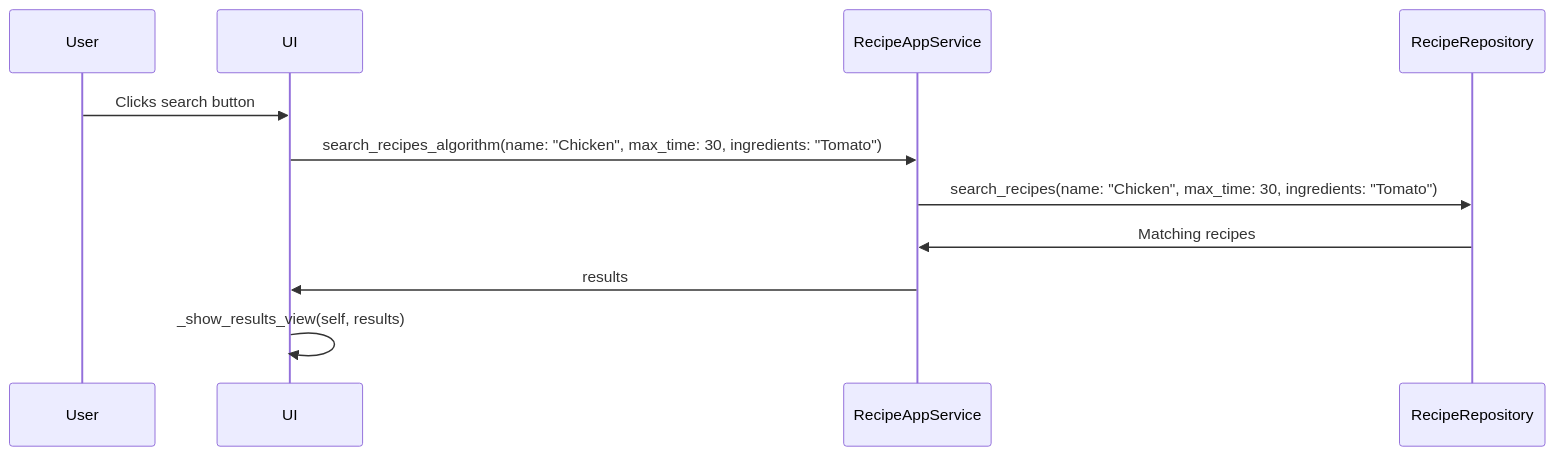
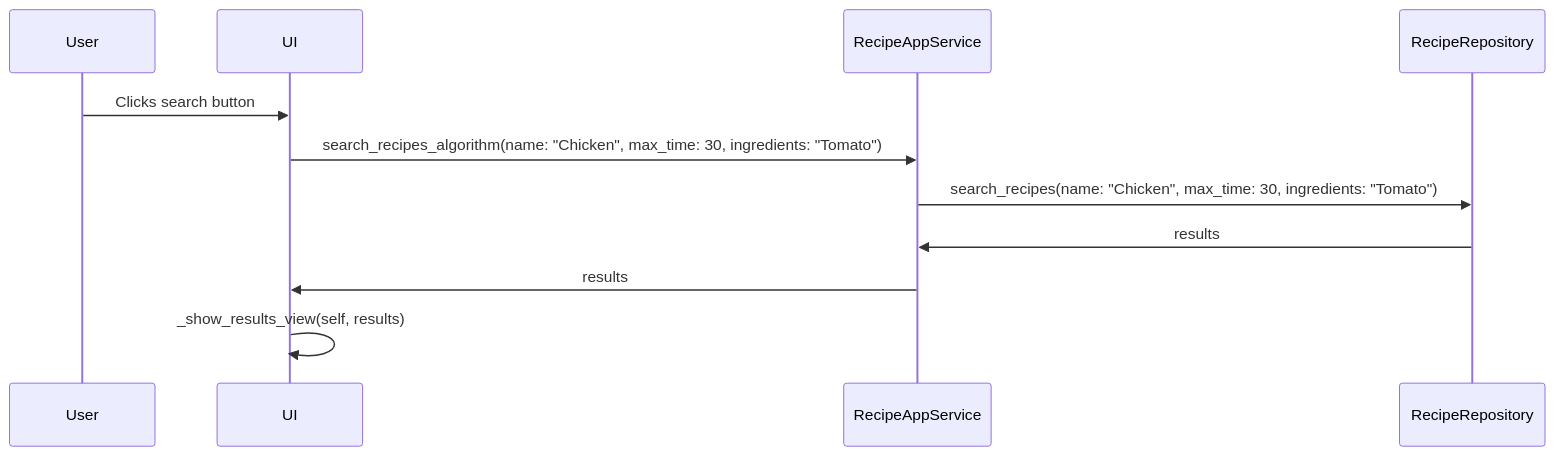
The third of 3 diagrams in recipe-app/documentation/architecture.md (Germuu/ot-harjoitusty-), drawn with Mermaid before and after one commit.

````diff
--- a/recipe-app/documentation/architecture.md
+++ b/recipe-app/documentation/architecture.md
@@ -101,13 +101,13 @@
 ```mermaid
 sequenceDiagram
   participant User 
   participant UI as UI
   participant RecipeAppService 
   participant RecipeRepository 
   User ->> UI: Clicks search button
   UI ->> RecipeAppService: search_recipes_algorithm(name: "Chicken", max_time: 30, ingredients: "Tomato")
   RecipeAppService ->> RecipeRepository: search_recipes(name: "Chicken", max_time: 30, ingredients: "Tomato")
-  RecipeRepository ->> RecipeAppService: Matching recipes
+  RecipeRepository ->> RecipeAppService: results
   RecipeAppService ->> UI: results
   UI ->> UI: _show_results_view(self, results)
 ```
````
